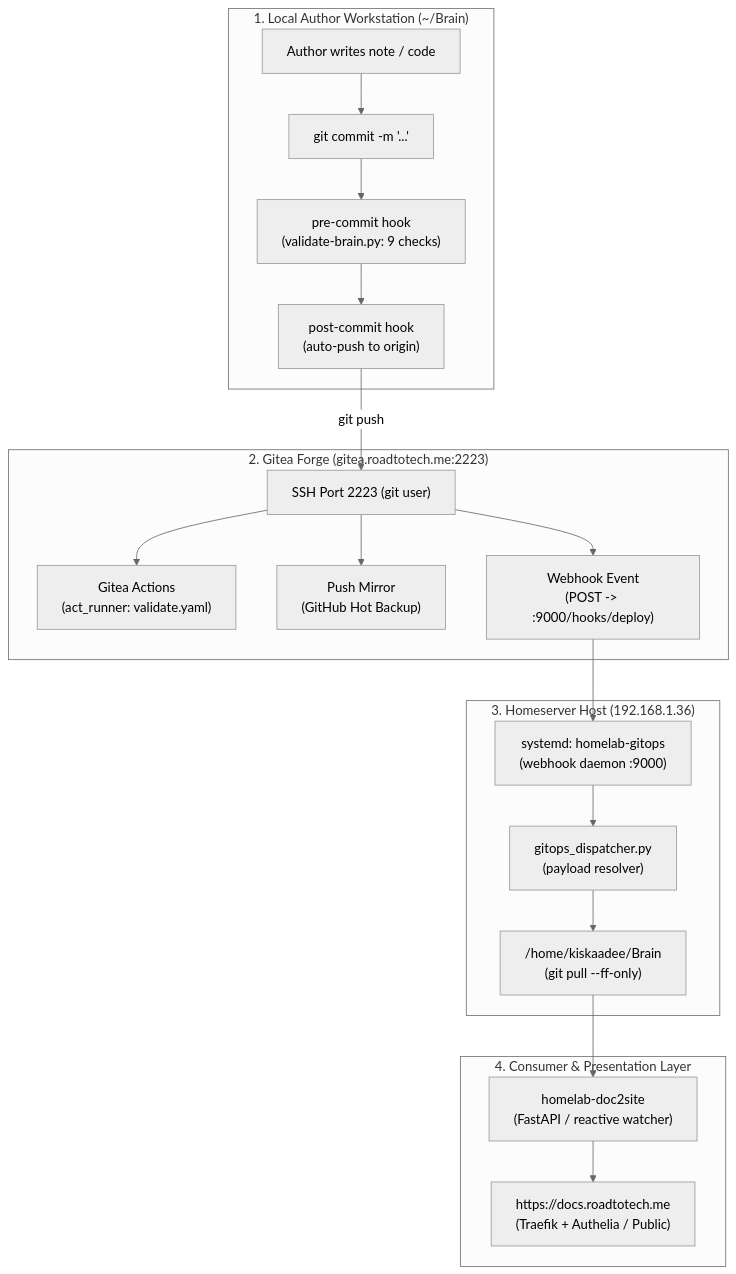
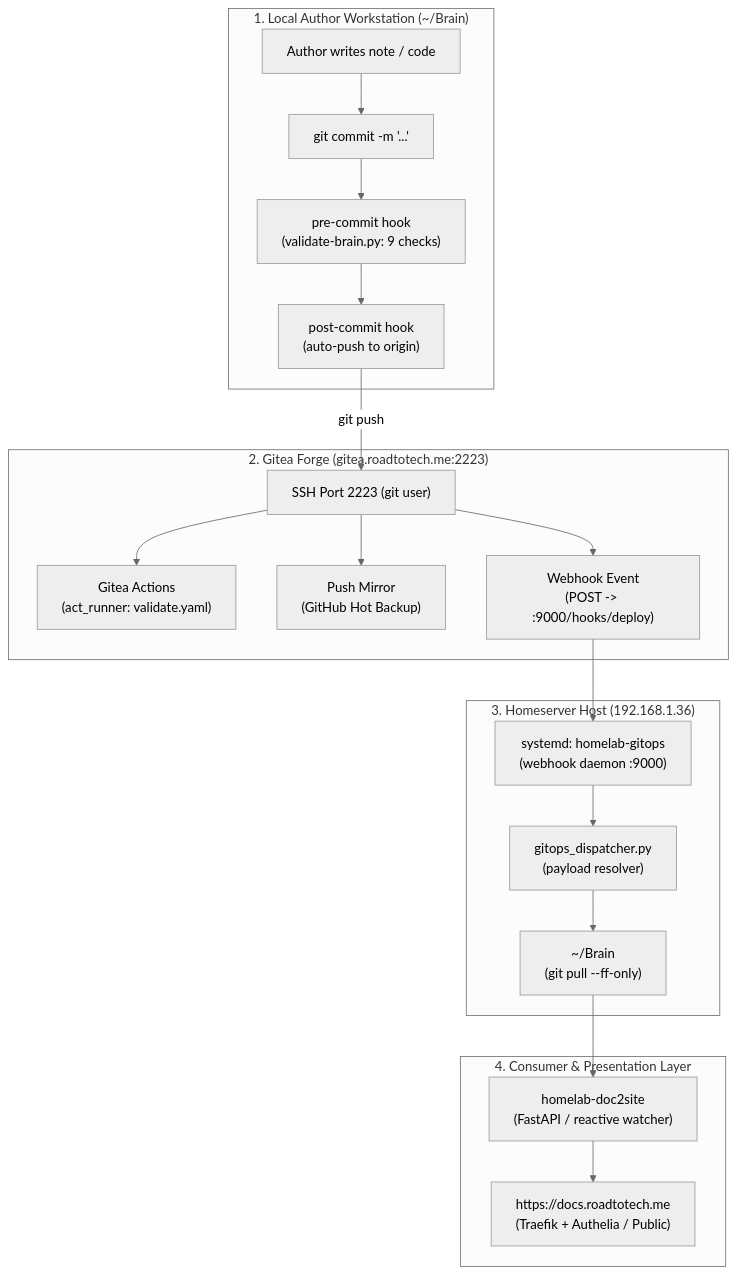
The diagram in projects/homelab/guides/brain-gitops-deployment-pipeline.md (kiskaadee/second-brain), drawn with Mermaid (neutral theme) before and after one commit. The commit also changed other lines of this file and 58 other files, not shown here.

````diff
--- a/projects/homelab/guides/brain-gitops-deployment-pipeline.md
+++ b/projects/homelab/guides/brain-gitops-deployment-pipeline.md
@@ -31,39 +33,39 @@
 ```mermaid
 flowchart TD
     subgraph LocalWorkstation["1. Local Author Workstation (~/Brain)"]
         AuthorEdit["Author writes note / code"]
         GitCommit["git commit -m '...'"]
         PreHook["pre-commit hook\n(validate-brain.py: 9 checks)"]
         PostHook["post-commit hook\n(auto-push to origin)"]
 
         AuthorEdit --> GitCommit --> PreHook --> PostHook
     end
 
     subgraph GiteaForge["2. Gitea Forge (gitea.roadtotech.me:2223)"]
         GiteaSSH["SSH Port 2223 (git user)"]
         ActionsCI["Gitea Actions\n(act_runner: validate.yaml)"]
         PushMirror["Push Mirror\n(GitHub Hot Backup)"]
         WebhookTrigger["Webhook Event\n(POST -> :9000/hooks/deploy)"]
 
         GiteaSSH --> ActionsCI
         GiteaSSH --> PushMirror
         GiteaSSH --> WebhookTrigger
     end
 
     subgraph ServerHost["3. Homeserver Host (192.168.1.36)"]
         WebhookDaemon["systemd: homelab-gitops\n(webhook daemon :9000)"]
         Dispatcher["gitops_dispatcher.py\n(payload resolver)"]
-        BrainVault["/home/kiskaadee/Brain\n(git pull --ff-only)"]
+        BrainVault["~/Brain\n(git pull --ff-only)"]
 
         WebhookTrigger --> WebhookDaemon --> Dispatcher --> BrainVault
     end
 
     subgraph Presentation["4. Consumer & Presentation Layer"]
         Doc2Site["homelab-doc2site\n(FastAPI / reactive watcher)"]
         PublicDocs["https://docs.roadtotech.me\n(Traefik + Authelia / Public)"]
 
         BrainVault --> Doc2Site --> PublicDocs
     end
 
     PostHook -->|git push| GiteaSSH
 ```
````
